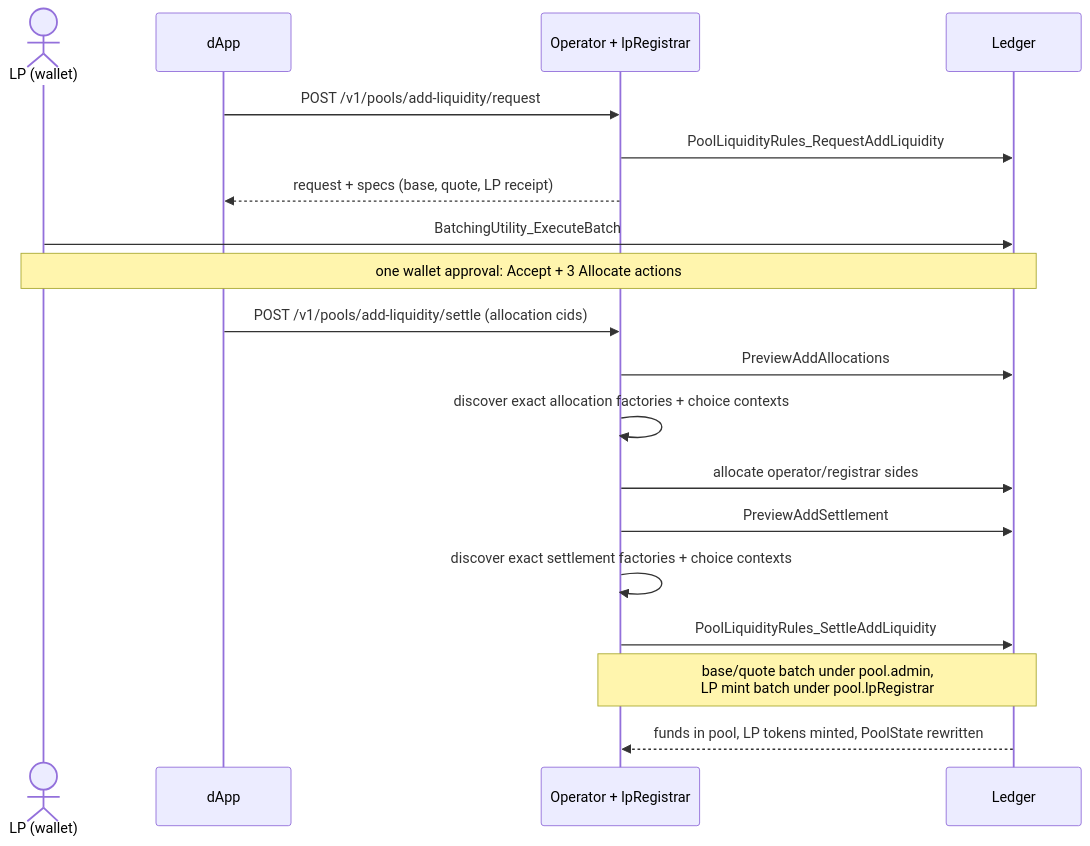
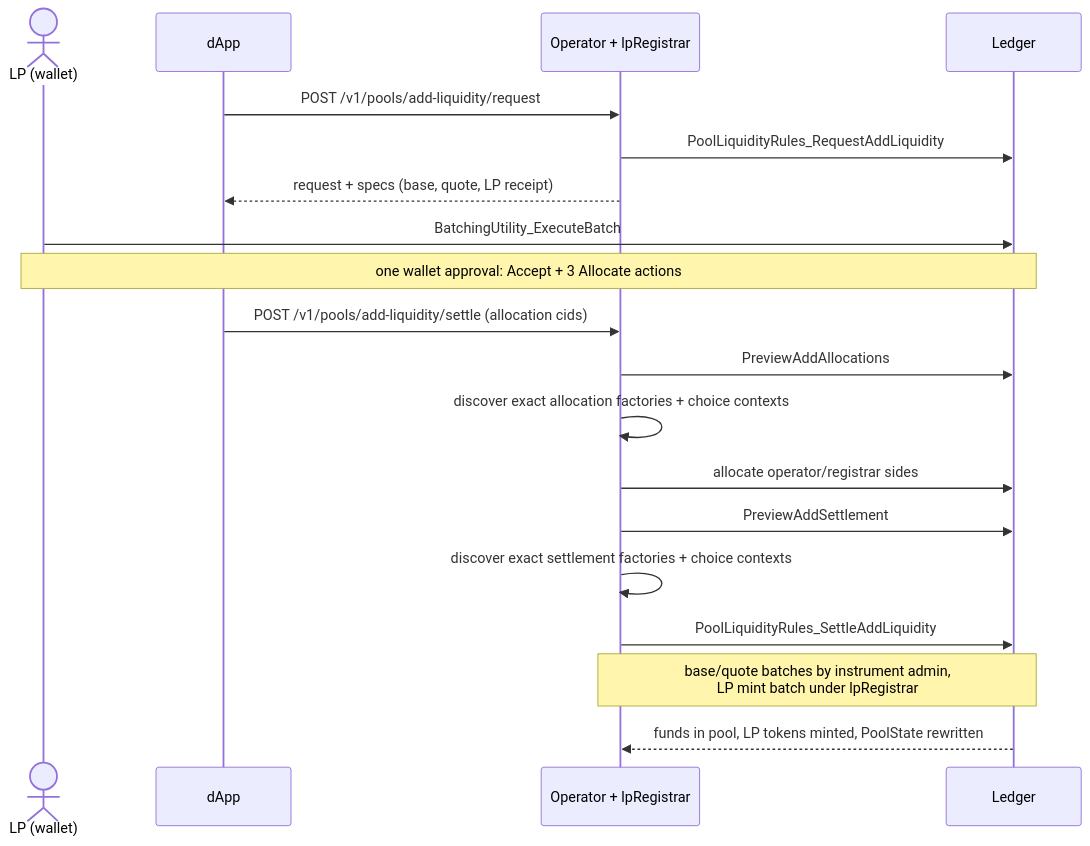
Before and after one commit to srikanth-bitdynamics/Canton-Dex-Reference-Implementation: the second of 5 diagrams in docs/concepts/workflows.md, drawn with Mermaid. The commit also changed other lines of this file and 54 other files, not shown here.

````diff
--- a/docs/concepts/workflows.md
+++ b/docs/concepts/workflows.md
@@ -165,21 +172,21 @@
 ```mermaid
 sequenceDiagram
     actor LP as LP (wallet)
     participant D as dApp
     participant O as Operator + lpRegistrar
     participant L as Ledger
     D->>O: POST /v1/pools/add-liquidity/request
     O->>L: PoolLiquidityRules_RequestAddLiquidity
     O-->>D: request + specs (base, quote, LP receipt)
     LP->>L: BatchingUtility_ExecuteBatch
     Note over LP,L: one wallet approval: Accept + 3 Allocate actions
     D->>O: POST /v1/pools/add-liquidity/settle (allocation cids)
     O->>L: PreviewAddAllocations
     O->>O: discover exact allocation factories + choice contexts
     O->>L: allocate operator/registrar sides
     O->>L: PreviewAddSettlement
     O->>O: discover exact settlement factories + choice contexts
     O->>L: PoolLiquidityRules_SettleAddLiquidity
-    Note over O,L: base/quote batch under pool.admin,<br/>LP mint batch under pool.lpRegistrar
+    Note over O,L: base/quote batches by instrument admin,<br/>LP mint batch under lpRegistrar
     L-->>O: funds in pool, LP tokens minted, PoolState rewritten
 ```
````
